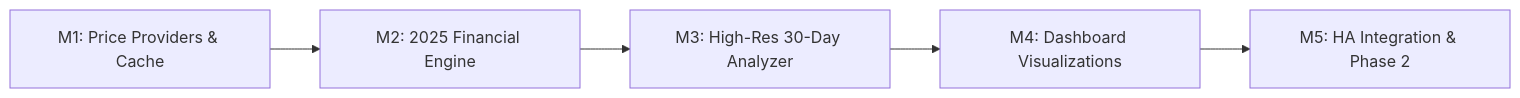
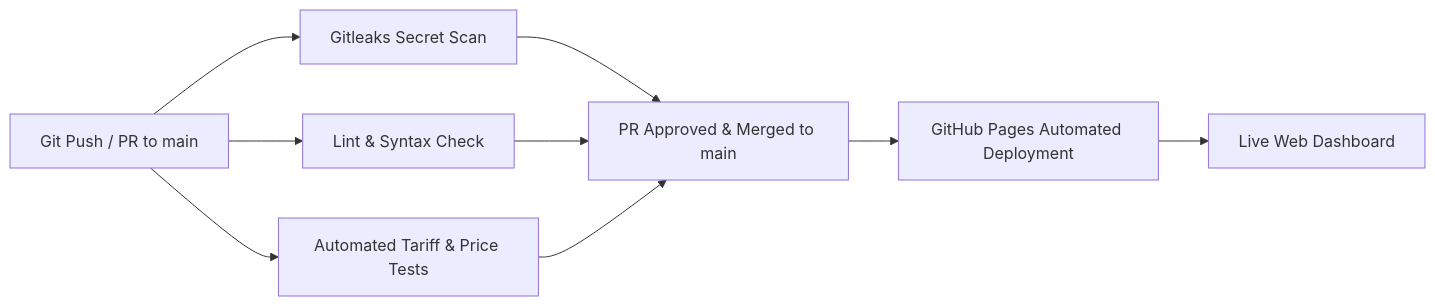
The third of 3 diagrams in prd.md (cblomqvist/mysunshine), drawn with Mermaid before and after one commit. The commit also changed other lines of this file, not shown here.

Commit message:
docs: update development roadmap to define milestone-based branching, CI/CD pipelines, and security architecture

````diff
--- a/prd.md
+++ b/prd.md
@@ -216,7 +285,9 @@
 ```mermaid
 flowchart LR
-    M1[M1: Price Providers & Cache] --> M2[M2: 2025 Financial Engine]
-    M2 --> M3[M3: High-Res 30-Day Analyzer]
-    M3 --> M4[M4: Dashboard Visualizations]
-    M4 --> M5[M5: HA Integration & Phase 2]
+    push[Git Push / PR to main] --> sec[Gitleaks Secret Scan]
+    push --> lint[Lint & Syntax Check]
+    push --> test[Automated Tariff & Price Tests]
+    sec & lint & test --> merge[PR Approved & Merged to main]
+    merge --> deploy[GitHub Pages Automated Deployment]
+    deploy --> live[Live Web Dashboard]
 ```
````
